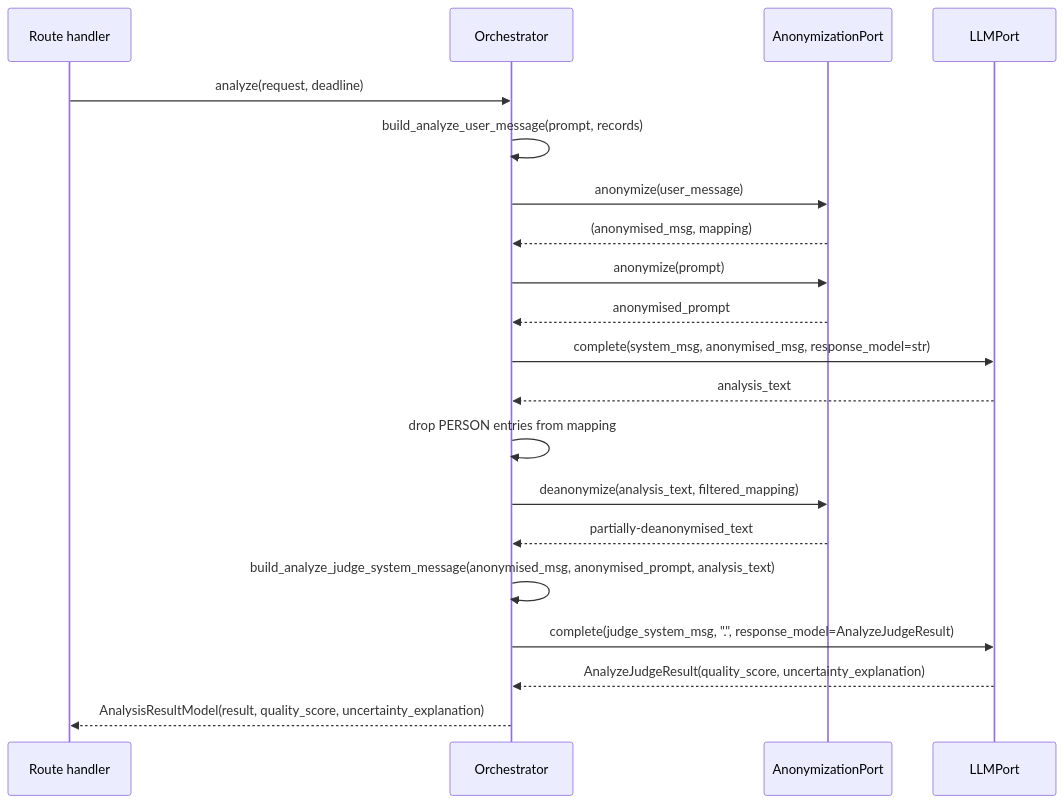
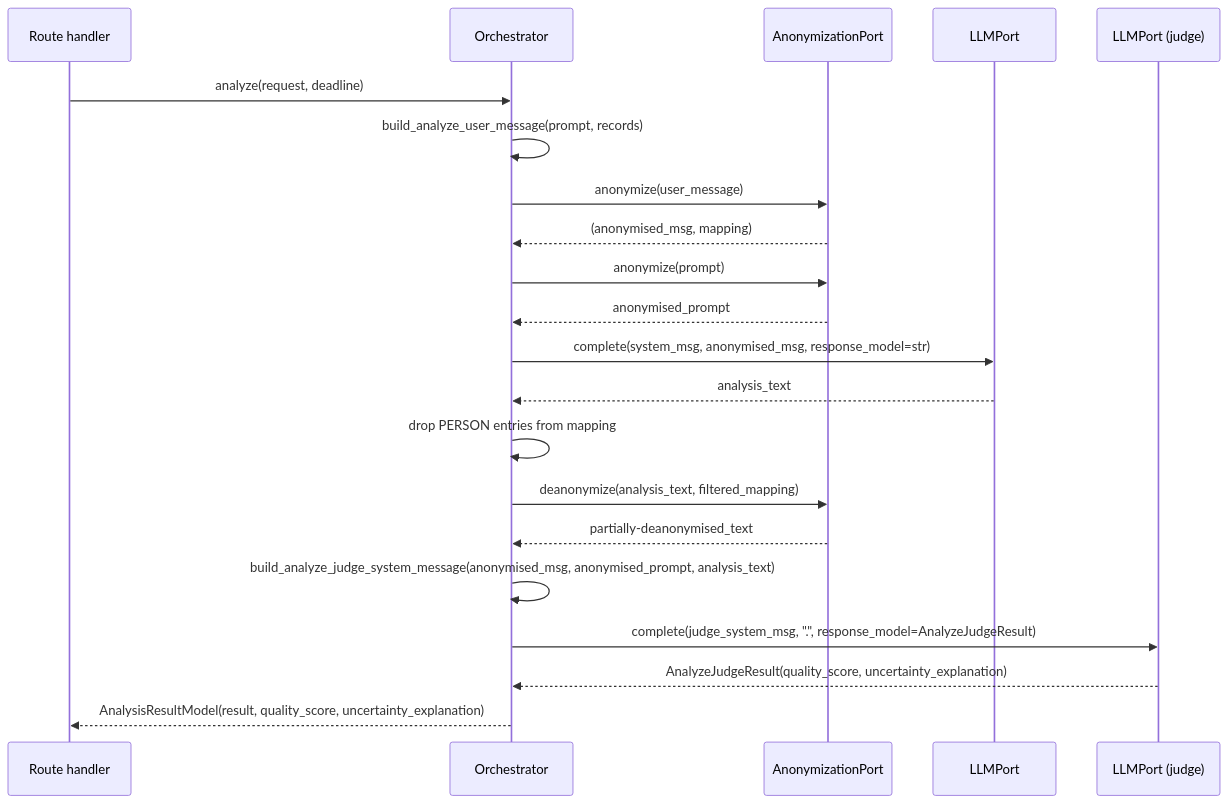
One commit to rodekruis/qualitative-feedback-analysis changed the diagram in docs/architecture/06-prompt-envelope.md. Above: the diagram before and after it, drawn with Mermaid. The commit also changed other lines of this file and 12 other files, not shown here.

First line of the commit message:
feat(llm): add optional separate LLM connection for judge calls

````diff
--- a/docs/architecture/06-prompt-envelope.md
+++ b/docs/architecture/06-prompt-envelope.md
@@ -161,23 +161,24 @@
 ```mermaid
 sequenceDiagram
     participant route as Route handler
     participant orch as Orchestrator
     participant anon as AnonymizationPort
     participant llm as LLMPort
+    participant judge as LLMPort (judge)
 
     route->>orch: analyze(request, deadline)
     orch->>orch: build_analyze_user_message(prompt, records)
     orch->>anon: anonymize(user_message)
     anon-->>orch: (anonymised_msg, mapping)
     orch->>anon: anonymize(prompt)
     anon-->>orch: anonymised_prompt
     orch->>llm: complete(system_msg, anonymised_msg, response_model=str)
     llm-->>orch: analysis_text
     orch->>orch: drop PERSON entries from mapping
     orch->>anon: deanonymize(analysis_text, filtered_mapping)
     anon-->>orch: partially-deanonymised_text
     orch->>orch: build_analyze_judge_system_message(anonymised_msg, anonymised_prompt, analysis_text)
-    orch->>llm: complete(judge_system_msg, ".", response_model=AnalyzeJudgeResult)
-    llm-->>orch: AnalyzeJudgeResult(quality_score, uncertainty_explanation)
+    orch->>judge: complete(judge_system_msg, ".", response_model=AnalyzeJudgeResult)
+    judge-->>orch: AnalyzeJudgeResult(quality_score, uncertainty_explanation)
     orch-->>route: AnalysisResultModel(result, quality_score, uncertainty_explanation)
 ```
````
